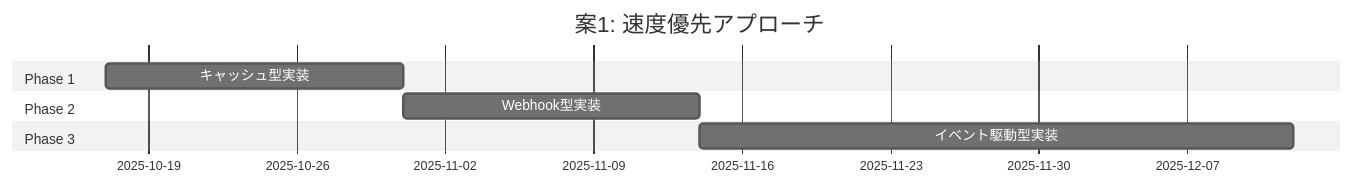
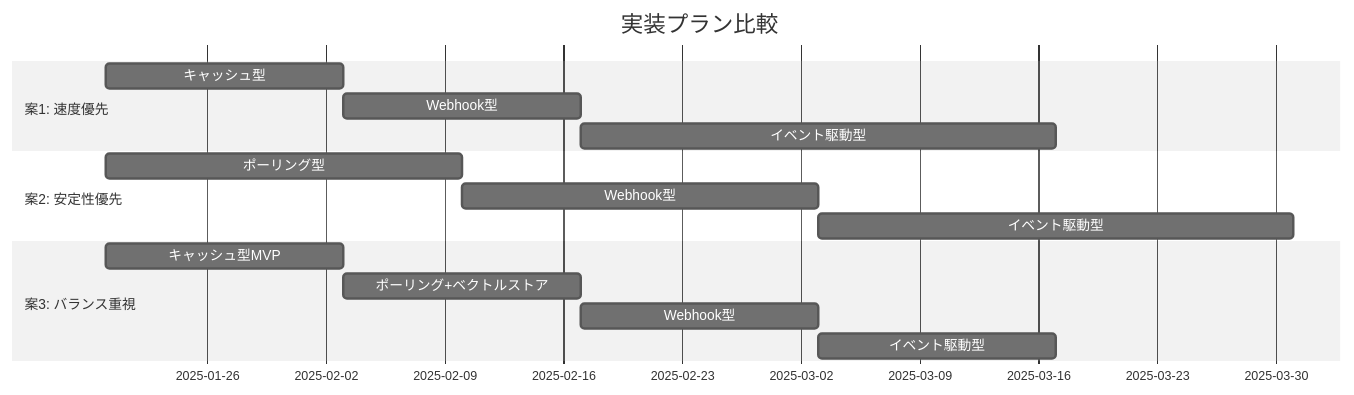
Before and after one commit to KENCOPA/kencopa-dev-docs: the second of 2 diagrams in 03_projects/kunai/🗒️工程マスタ類似検索機能完全実装　基本設計.md, drawn with Mermaid (neutral theme). The commit also changed other lines of this file, not shown here.

````diff
--- a/03_projects/kunai/🗒️工程マスタ類似検索機能完全実装　基本設計.md
+++ b/03_projects/kunai/🗒️工程マスタ類似検索機能完全実装　基本設計.md
@@ -277,14 +32,21 @@
 ```mermaid
 gantt
-    title 案1: 速度優先アプローチ
+    title 実装プラン比較
     dateFormat YYYY-MM-DD
     
-    section Phase 1
-    キャッシュ型実装 :p1, 2025-10-17, 2w
+    section 案1: 速度優先
+    キャッシュ型 :a1, 2025-01-20, 2w
+    Webhook型 :a2, after a1, 2w
+    イベント駆動型 :a3, after a2, 4w
     
-    section Phase 2
-    Webhook型実装 :p2, after p1, 2w
+    section 案2: 安定性優先
+    ポーリング型 :b1, 2025-01-20, 3w
+    Webhook型 :b2, after b1, 3w
+    イベント駆動型 :b3, after b2, 4w
     
-    section Phase 3
-    イベント駆動型実装 :p3, after p2, 4w
+    section 案3: バランス重視
+    キャッシュ型MVP :c1, 2025-01-20, 2w
+    ポーリング+ベクトルストア :c2, after c1, 2w
+    Webhook型 :c3, after c2, 2w
+    イベント駆動型 :c4, after c3, 2w
 ```
````
